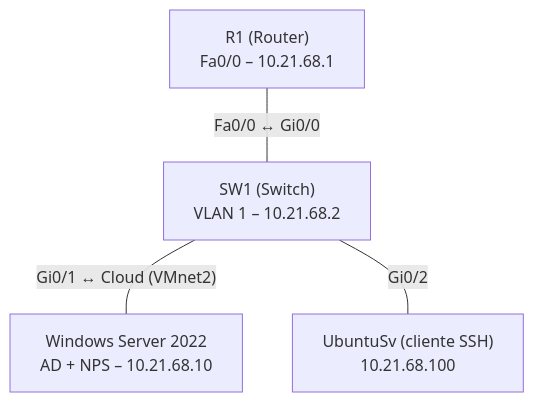
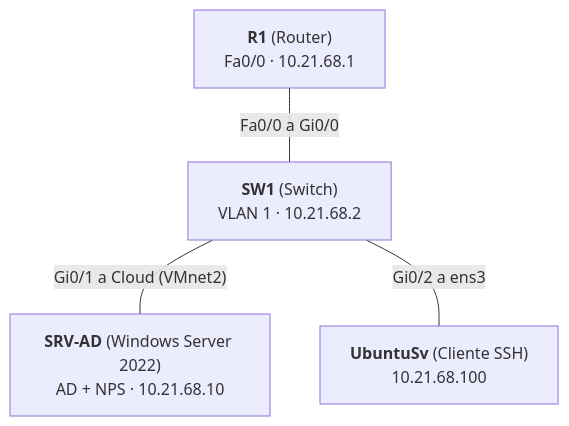
The diagram in README.md (sebas533/Asiganacion-2), drawn with Mermaid before and after one commit. The commit also changed other lines of this file, not shown here.

````diff
--- a/README.md
+++ b/README.md
@@ -5,11 +40,11 @@
 ```mermaid
 graph TD
-    R1["R1 (Router)<br/>Fa0/0 – 10.21.68.1"]
-    SW1["SW1 (Switch)<br/>VLAN 1 – 10.21.68.2"]
-    SRV["Windows Server 2022<br/>AD + NPS – 10.21.68.10"]
-    UB["UbuntuSv (cliente SSH)<br/>10.21.68.100"]
+    R1["<b>R1</b> (Router)<br/>Fa0/0 · 10.21.68.1"]
+    SW1["<b>SW1</b> (Switch)<br/>VLAN 1 · 10.21.68.2"]
+    SRV["<b>SRV-AD</b> (Windows Server 2022)<br/>AD + NPS · 10.21.68.10"]
+    UB["<b>UbuntuSv</b> (Cliente SSH)<br/>10.21.68.100"]
 
-    R1 ---|"Fa0/0 ↔ Gi0/0"| SW1
-    SW1 ---|"Gi0/1 ↔ Cloud (VMnet2)"| SRV
-    SW1 ---|"Gi0/2"| UB
+    R1 ---|"Fa0/0 a Gi0/0"| SW1
+    SW1 ---|"Gi0/1 a Cloud (VMnet2)"| SRV
+    SW1 ---|"Gi0/2 a ens3"| UB
 ```
````
